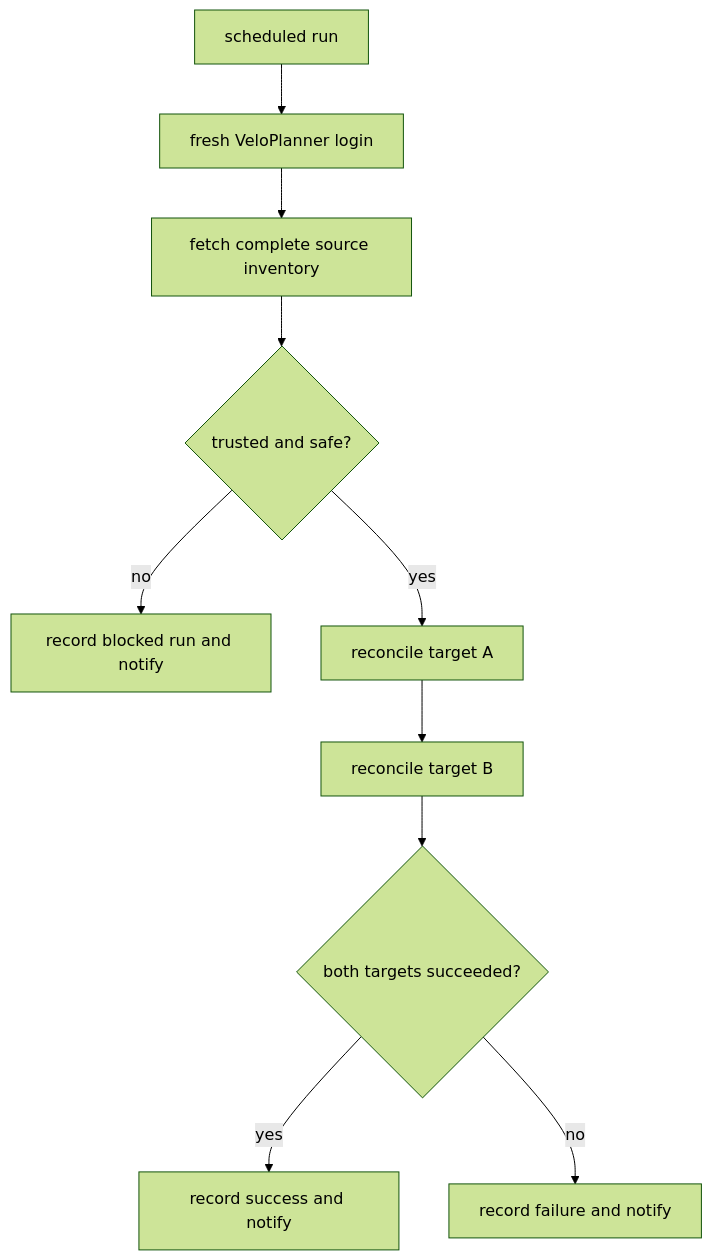
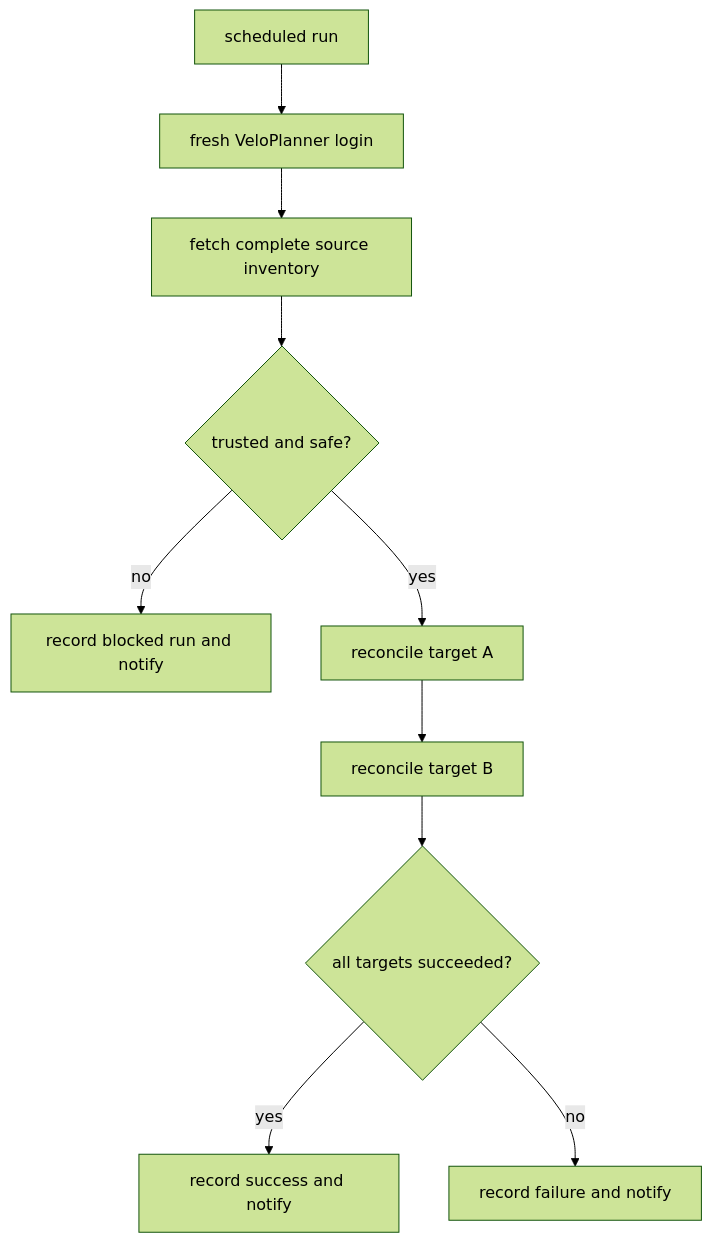
Before and after one commit to nobbs/domestique: the second of 2 diagrams in docs/specs/sync-lifecycle.md, drawn with Mermaid (forest theme). The commit also changed other lines of this file and 11 other files, not shown here.

```diff
--- a/docs/specs/sync-lifecycle.md
+++ b/docs/specs/sync-lifecycle.md
@@ -98,12 +102,12 @@
 ~~~mermaid
 flowchart TD
     Start["scheduled run"] --> Login["fresh VeloPlanner login"]
     Login --> Inventory["fetch complete source inventory"]
     Inventory --> Guard{"trusted and safe?"}
     Guard -- no --> Block["record blocked run and notify"]
     Guard -- yes --> A["reconcile target A"]
     A --> B["reconcile target B"]
-    B --> Result{"both targets succeeded?"}
+    B --> Result{"all targets succeeded?"}
     Result -- yes --> Success["record success and notify"]
     Result -- no --> Failure["record failure and notify"]
 ~~~
```
